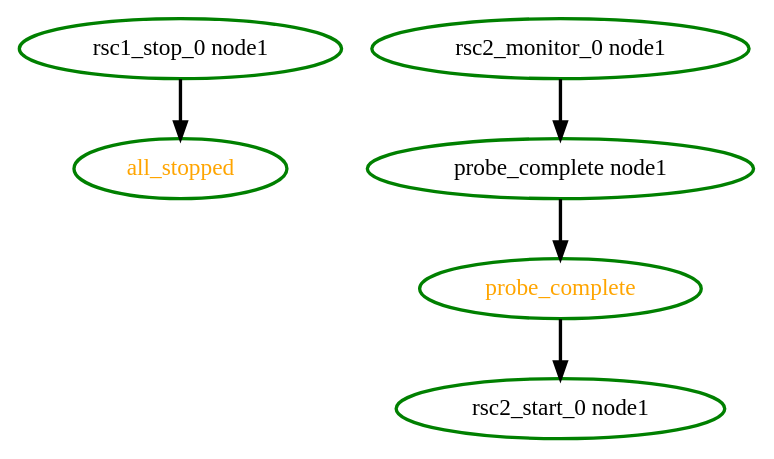
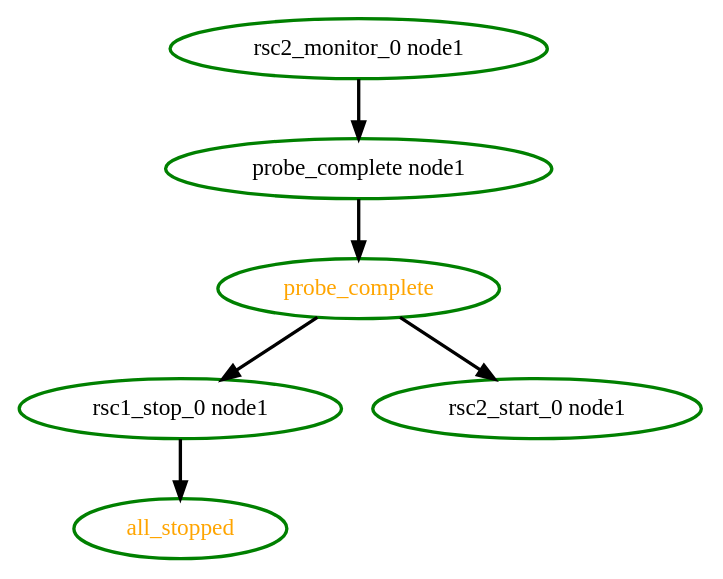
Before and after one commit to linux-ha-japan/pm_diskd: the diagram in pengine/test10/simple6.dot, drawn with Graphviz. The commit also changed 22 other files, not shown here.

```diff
--- a/pengine/test10/simple6.dot
+++ b/pengine/test10/simple6.dot
@@ -1,12 +1,13 @@
  digraph "g" {
 "all_stopped" [ style=bold color="green" fontcolor="orange"  ]
 "probe_complete node1" -> "probe_complete" [ style = bold]
 "probe_complete node1" [ style=bold color="green" fontcolor="black" ]
+"probe_complete" -> "rsc1_stop_0 node1" [ style = bold]
 "probe_complete" -> "rsc2_start_0 node1" [ style = bold]
 "probe_complete" [ style=bold color="green" fontcolor="orange" ]
 "rsc1_stop_0 node1" -> "all_stopped" [ style = bold]
 "rsc1_stop_0 node1" [ style=bold color="green" fontcolor="black" ]
 "rsc2_monitor_0 node1" -> "probe_complete node1" [ style = bold]
 "rsc2_monitor_0 node1" [ style=bold color="green" fontcolor="black" ]
 "rsc2_start_0 node1" [ style=bold color="green" fontcolor="black" ]
 }
```
